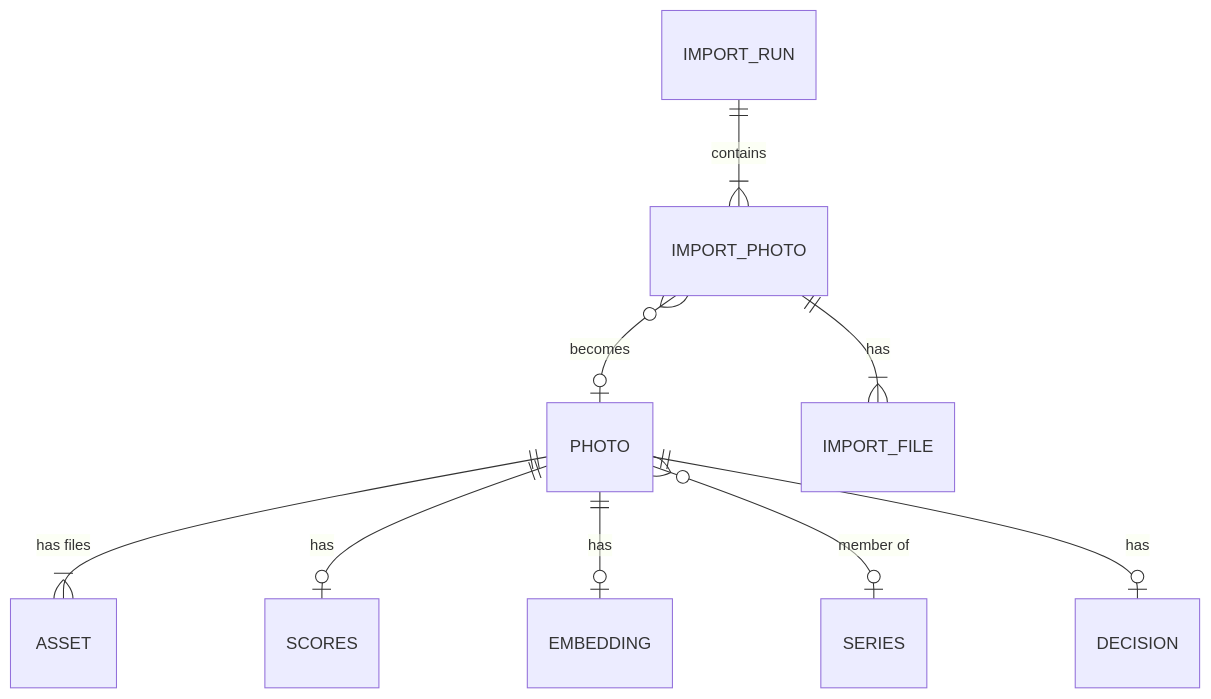
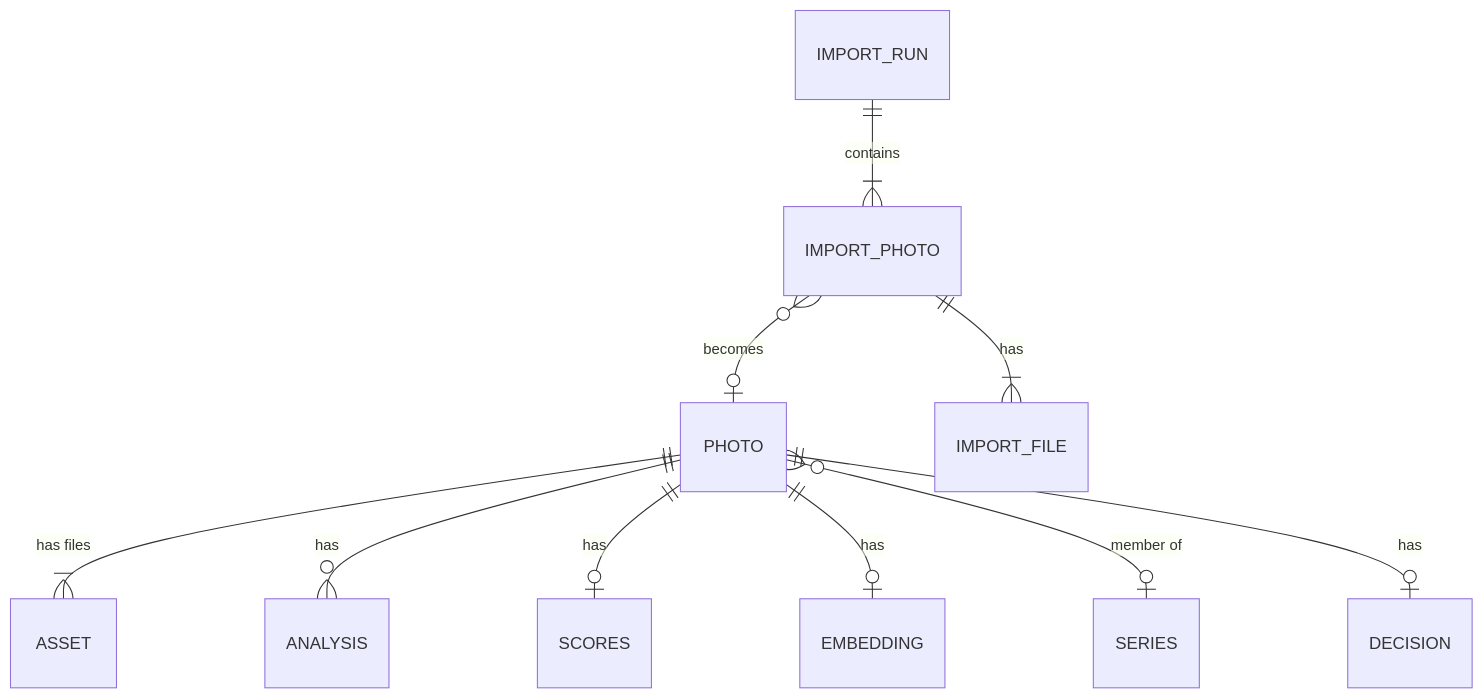
One commit to denyszorinets/picturesque changed the first of 2 diagrams in docs/architecture/data.rst. Above: the diagram before and after it, drawn with Mermaid. The commit also changed other lines of this file and 41 other files, not shown here.

```diff
--- a/docs/architecture/data.rst
+++ b/docs/architecture/data.rst
@@ -34,11 +34,12 @@
 .. mermaid::
 
    erDiagram
      PHOTO ||--|{ ASSET : "has files"
+     PHOTO ||--o{ ANALYSIS : has
      PHOTO ||--o| SCORES : has
      PHOTO ||--o| EMBEDDING : has
      PHOTO }o--o| SERIES : "member of"
      PHOTO ||--o| DECISION : has
      IMPORT_RUN ||--|{ IMPORT_PHOTO : contains
      IMPORT_PHOTO ||--|{ IMPORT_FILE : has
      IMPORT_PHOTO }o--o| PHOTO : "becomes"
```
